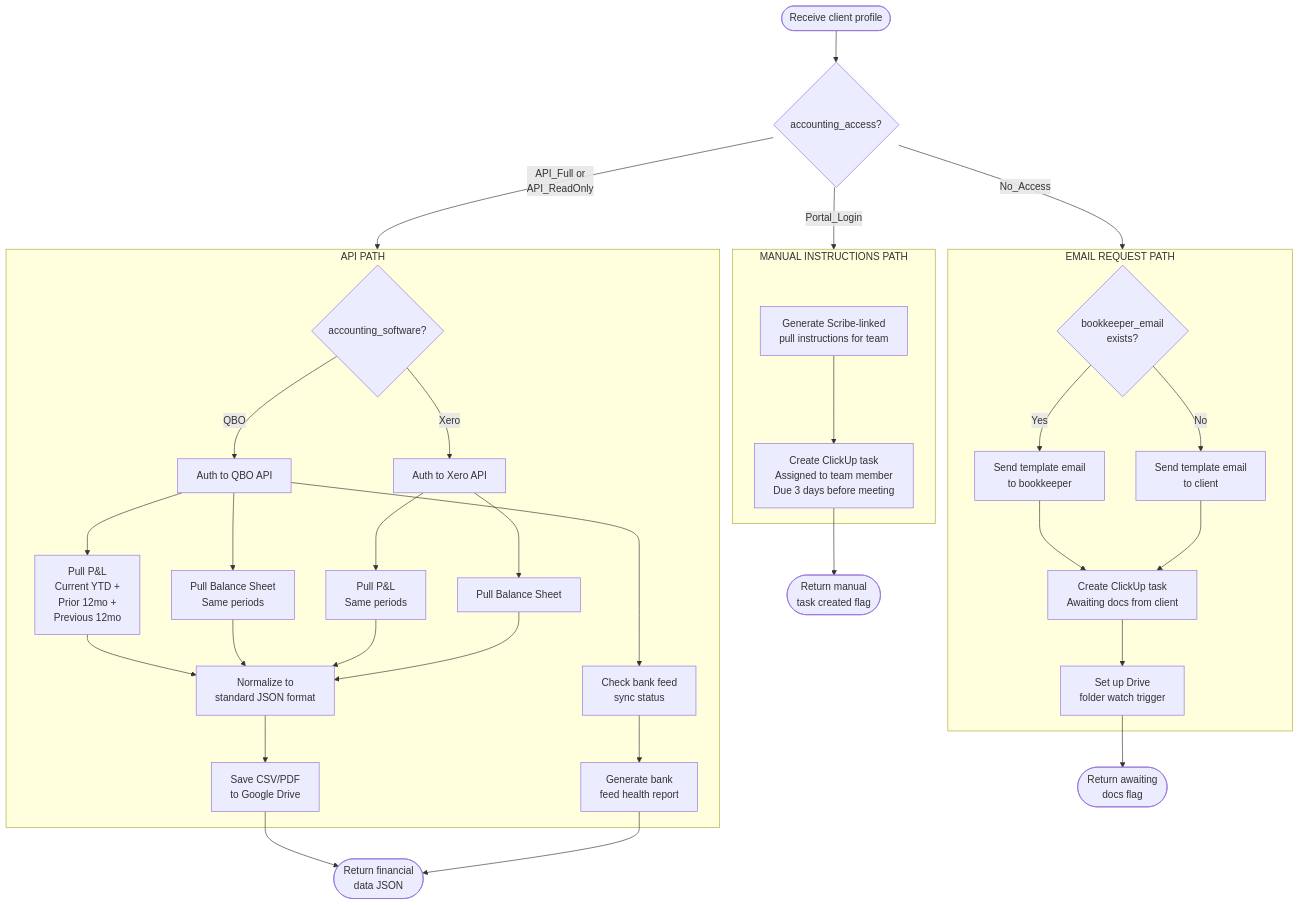
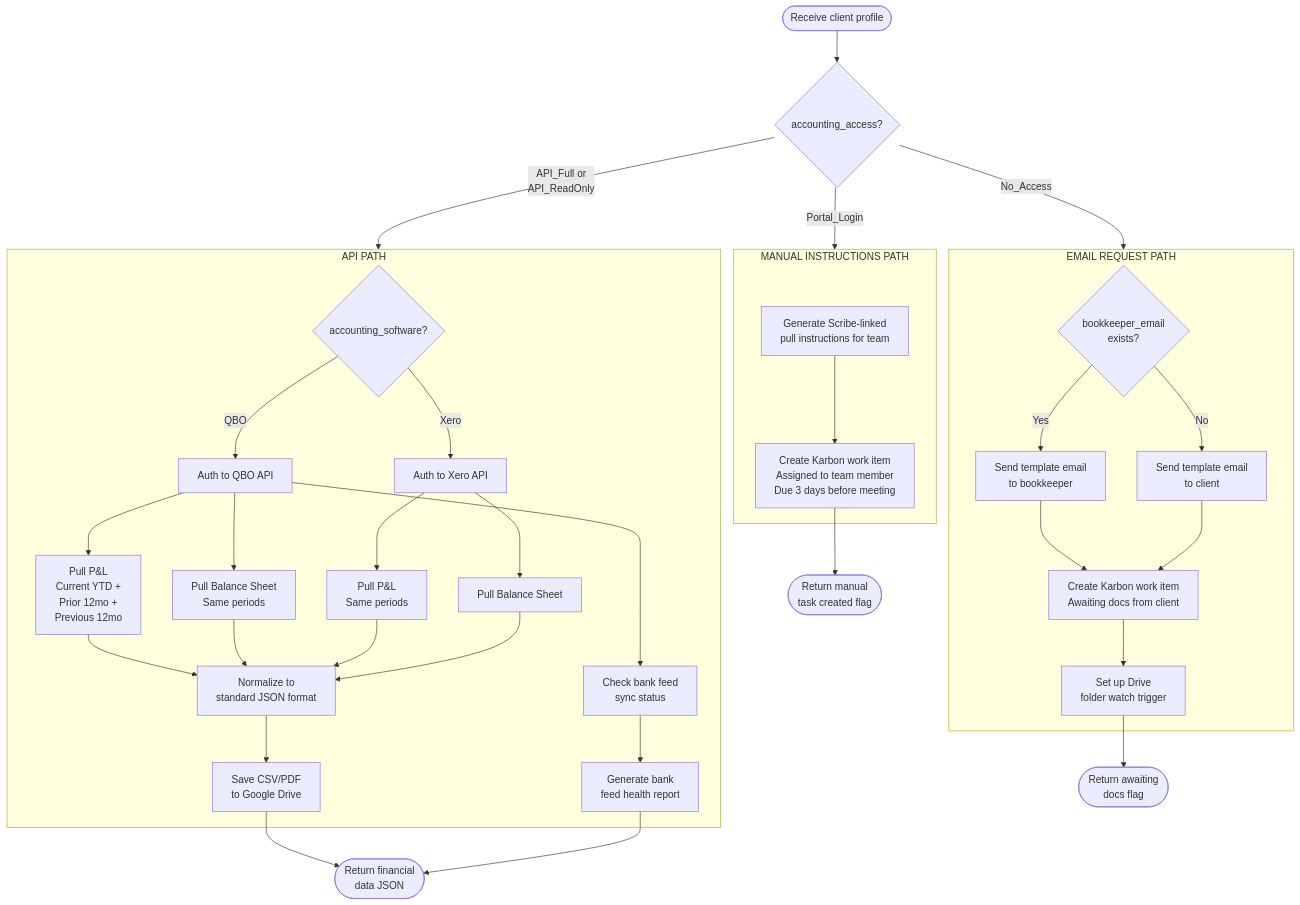
Before and after one commit to dkinvestments-art/n8n: the sixth of 20 diagrams in docs/quarterly-meeting-automation/05-Comprehensive-Workflow-Documentation.md, drawn with Mermaid. The commit also changed other lines of this file, not shown here.

First line of the commit message:
docs: Apply payroll-manual and Karbon task changes to workflow doc

````diff
--- a/docs/quarterly-meeting-automation/05-Comprehensive-Workflow-Documentation.md
+++ b/docs/quarterly-meeting-automation/05-Comprehensive-Workflow-Documentation.md
@@ -333,50 +334,50 @@
 ```mermaid
 flowchart TD
     IN([Receive client profile]) --> CHECK{accounting_access?}
 
     CHECK -->|API_Full or<br/>API_ReadOnly| API_PATH
 
     subgraph API_PATH["API PATH"]
         SW{accounting_software?}
         SW -->|QBO| QBO_AUTH[Auth to QBO API]
         SW -->|Xero| XERO_AUTH[Auth to Xero API]
 
         QBO_AUTH --> QBO_PNL[Pull P&L<br/>Current YTD +<br/>Prior 12mo +<br/>Previous 12mo]
         QBO_AUTH --> QBO_BS[Pull Balance Sheet<br/>Same periods]
         QBO_AUTH --> QBO_BANK[Check bank feed<br/>sync status]
 
         XERO_AUTH --> XERO_PNL[Pull P&L<br/>Same periods]
         XERO_AUTH --> XERO_BS[Pull Balance Sheet]
 
         QBO_PNL --> NORMALIZE[Normalize to<br/>standard JSON format]
         QBO_BS --> NORMALIZE
         QBO_BANK --> HEALTH[Generate bank<br/>feed health report]
         XERO_PNL --> NORMALIZE
         XERO_BS --> NORMALIZE
 
         NORMALIZE --> SAVE_DRIVE[Save CSV/PDF<br/>to Google Drive]
     end
 
     CHECK -->|Portal_Login| MANUAL_PATH
 
     subgraph MANUAL_PATH["MANUAL INSTRUCTIONS PATH"]
         INSTRUCT[Generate Scribe-linked<br/>pull instructions for team]
-        INSTRUCT --> TASK[Create ClickUp task<br/>Assigned to team member<br/>Due 3 days before meeting]
+        INSTRUCT --> TASK[Create Karbon work item<br/>Assigned to team member<br/>Due 3 days before meeting]
     end
 
     CHECK -->|No_Access| REQUEST_PATH
 
     subgraph REQUEST_PATH["EMAIL REQUEST PATH"]
         RECIPIENT{bookkeeper_email<br/>exists?}
         RECIPIENT -->|Yes| BK_EMAIL[Send template email<br/>to bookkeeper]
         RECIPIENT -->|No| CL_EMAIL[Send template email<br/>to client]
-        BK_EMAIL --> REQ_TASK[Create ClickUp task<br/>Awaiting docs from client]
+        BK_EMAIL --> REQ_TASK[Create Karbon work item<br/>Awaiting docs from client]
         CL_EMAIL --> REQ_TASK
         REQ_TASK --> WATCH[Set up Drive<br/>folder watch trigger]
     end
 
     SAVE_DRIVE --> OUT([Return financial<br/>data JSON])
     HEALTH --> OUT
     TASK --> OUT2([Return manual<br/>task created flag])
     WATCH --> OUT3([Return awaiting<br/>docs flag])
 ```
````
